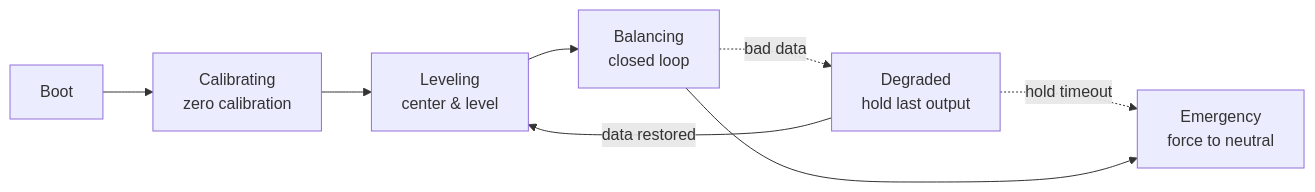
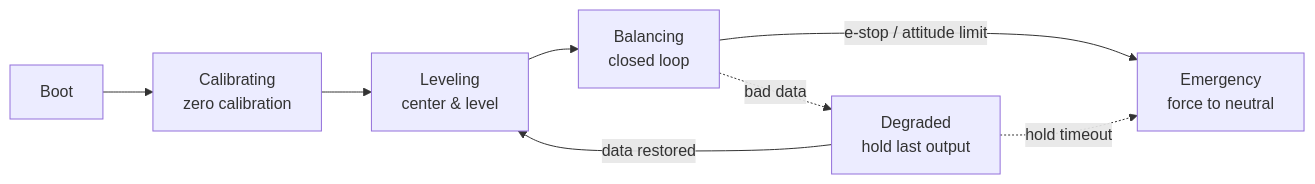
Before and after one commit to qi-neo/active-suspension-lidar-preview: the fourth of 4 diagrams in README.en.md, drawn with Mermaid. The commit also changed other lines of this file and 1 other file, not shown here.

First line of the commit message:
docs: 重排 README 四张 mermaid 图，适配深色主题

````diff
--- a/README.en.md
+++ b/README.en.md
@@ -201,11 +195,10 @@
 ```mermaid
-%%{init: {"fontFamily": "-apple-system, BlinkMacSystemFont, PingFang SC, Helvetica Neue, Microsoft YaHei, sans-serif"}}%%
 flowchart LR
     BOOT["Boot"] --> CAL["Calibrating<br/>zero calibration"]
     CAL --> LEV["Leveling<br/>center & level"]
     LEV --> BAL["Balancing<br/>closed loop"]
+    BAL -->|e-stop / attitude limit| EST["Emergency<br/>force to neutral"]
     BAL -.->|bad data| DEG["Degraded<br/>hold last output"]
-    DEG -.->|hold timeout| EST["Emergency<br/>force to neutral"]
+    DEG -.->|hold timeout| EST
     DEG -->|data restored| LEV
-    BAL --> EST
 ```
````
